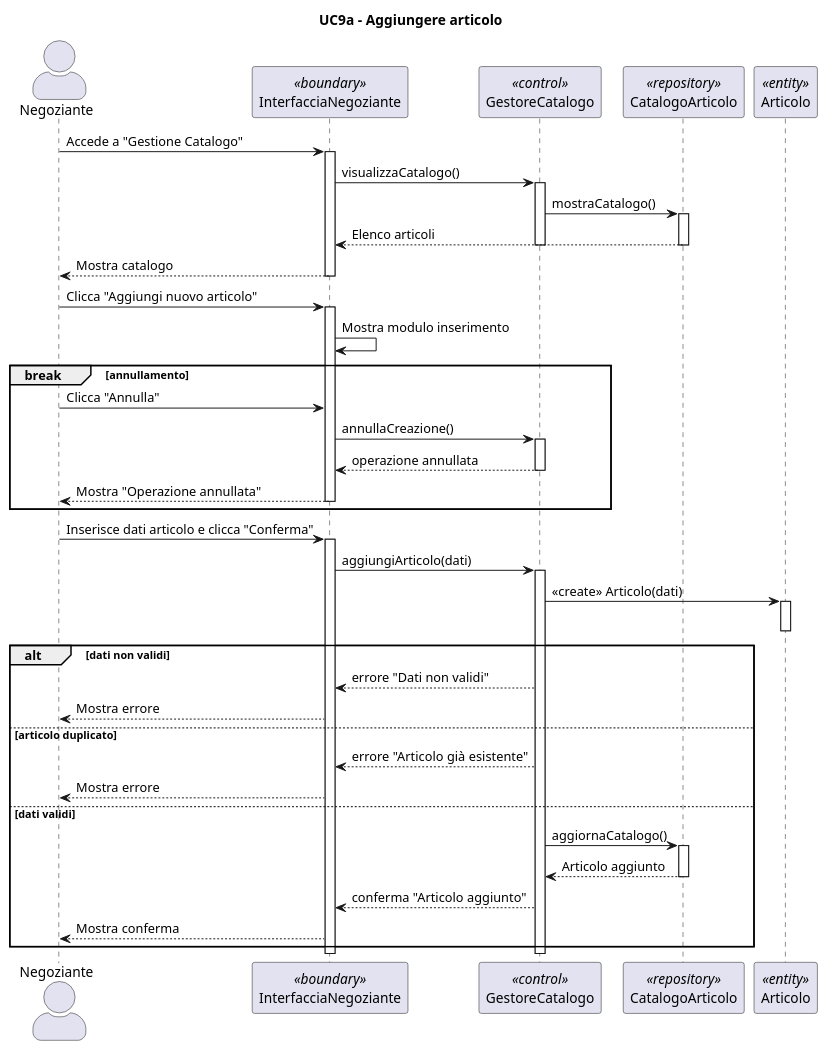
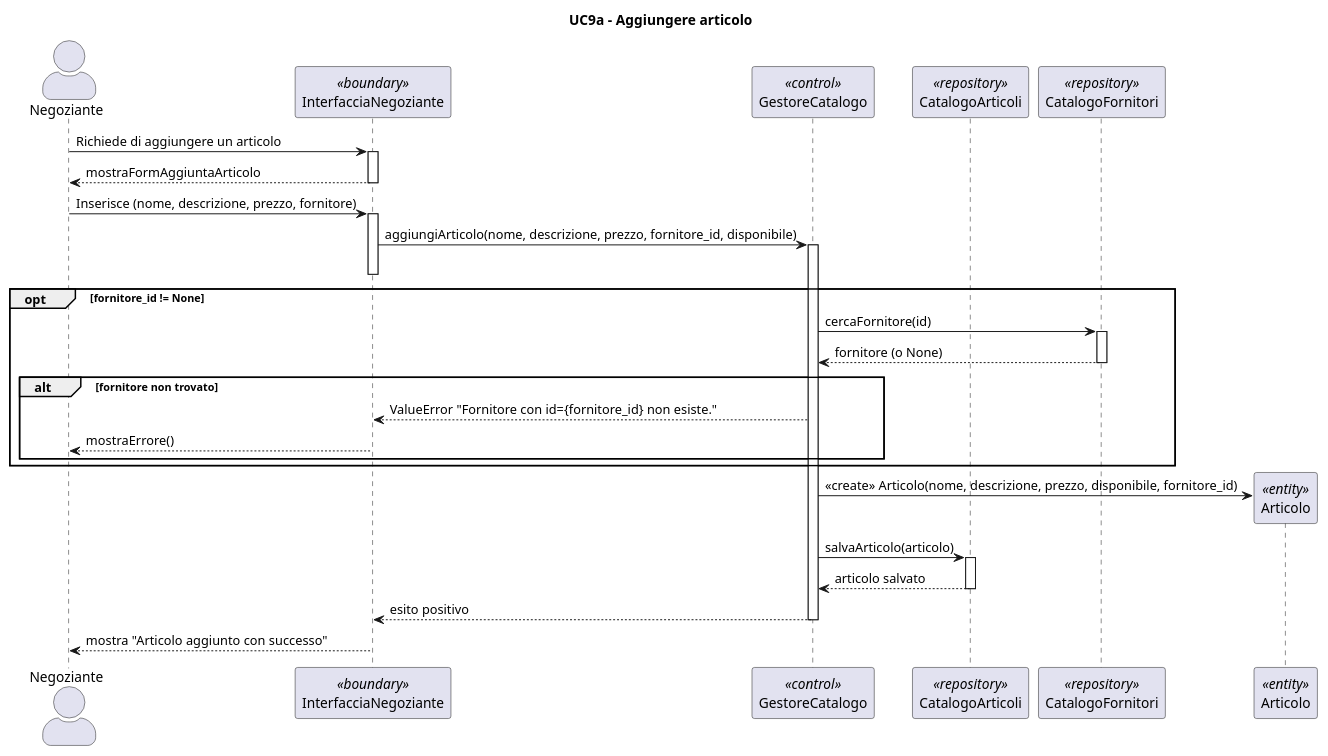
Before and after one commit to Samepsilon/FloWare: the diagram in diagrammiUML/diagrammi di sequenza/UC9a_Aggiungere_Articolo.puml, drawn with PlantUML. The commit also changed 19 other files, not shown here.

Commit message:
fine diagrammi di sequenza

```diff
--- a/diagrammiUML/diagrammi di sequenza/UC9a_Aggiungere_Articolo.puml
+++ b/diagrammiUML/diagrammi di sequenza/UC9a_Aggiungere_Articolo.puml
@@ -1,69 +1,47 @@
 @startuml
 title UC9a - Aggiungere articolo
 skinparam actorStyle awesome
 
 actor "Negoziante" as N
 participant "InterfacciaNegoziante" as IN <<boundary>>
-participant "GestoreCatalogo" as G <<control>>
-participant "CatalogoArticolo" as CA <<repository>>
-participant "Articolo" as Articolo <<entity>>
+participant "GestoreCatalogo" as GC <<control>>
+participant "CatalogoArticoli" as CA <<repository>>
+participant "CatalogoFornitori" as CF <<repository>>
+participant "Articolo" as A <<entity>>
 
-N -> IN: Accede a "Gestione Catalogo"
+N -> IN: Richiede di aggiungere un articolo
 activate IN
-IN -> G: visualizzaCatalogo()
-activate G
-G -> CA: mostraCatalogo()
-activate CA
-CA --> IN: Elenco articoli
-deactivate G
-deactivate CA
-IN --> N: Mostra catalogo
-
+IN --> N: mostraFormAggiuntaArticolo
 deactivate IN
 
-N -> IN: Clicca "Aggiungi nuovo articolo"
+N -> IN: Inserisce (nome, descrizione, prezzo, fornitore)
 activate IN
-IN -> IN: Mostra modulo inserimento
+IN -> GC: aggiungiArticolo(nome, descrizione, prezzo, fornitore_id, disponibile)
+activate GC
+deactivate IN
 
+opt fornitore_id != None
+    GC -> CF: cercaFornitore(id)
+    activate CF
+    CF --> GC: fornitore (o None)
+    deactivate CF
 
-break annullamento
-    N -> IN: Clicca "Annulla"
-    
-    IN -> G: annullaCreazione()
-    activate G
-    G --> IN: operazione annullata
-    deactivate G
-    IN --> N: Mostra "Operazione annullata"
-    deactivate IN
+    alt fornitore non trovato
+        GC --> IN: ValueError "Fornitore con id={fornitore_id} non esiste."
+        IN --> N: mostraErrore()
+    end
 end
 
-N -> IN: Inserisce dati articolo e clicca "Conferma"
-activate IN
-IN -> G: aggiungiArticolo(dati)
-activate G
+create A
+GC -> A: <<create>> Articolo(nome, descrizione, prezzo, disponibile, fornitore_id)
 
-G -> Articolo: <<create>> Articolo(dati)
-activate Articolo
-deactivate Articolo
+GC -> CA: salvaArticolo(articolo)
+activate CA
+CA --> GC: articolo salvato
+deactivate CA
 
-alt dati non validi
-    G --> IN: errore "Dati non validi"
-    IN --> N: Mostra errore
-    
-else articolo duplicato
-    G --> IN: errore "Articolo già esistente"
-    IN --> N: Mostra errore
-    
-else dati validi
-    G -> CA: aggiornaCatalogo()
-    activate CA
-    CA --> G: Articolo aggiunto
-    deactivate CA
-    G --> IN: conferma "Articolo aggiunto"
-    IN --> N: Mostra conferma
-end
-
-deactivate G
+GC --> IN: esito positivo
+deactivate GC
+IN --> N: mostra "Articolo aggiunto con successo"
 deactivate IN
-
 @enduml
```
